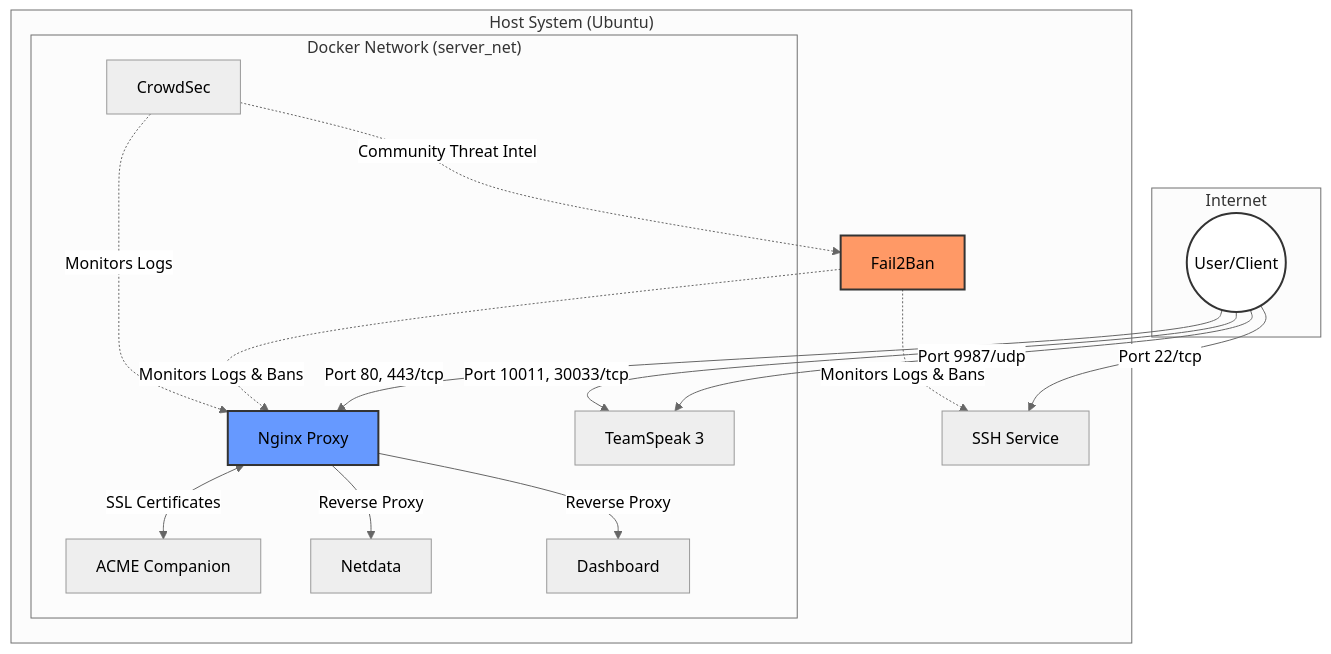
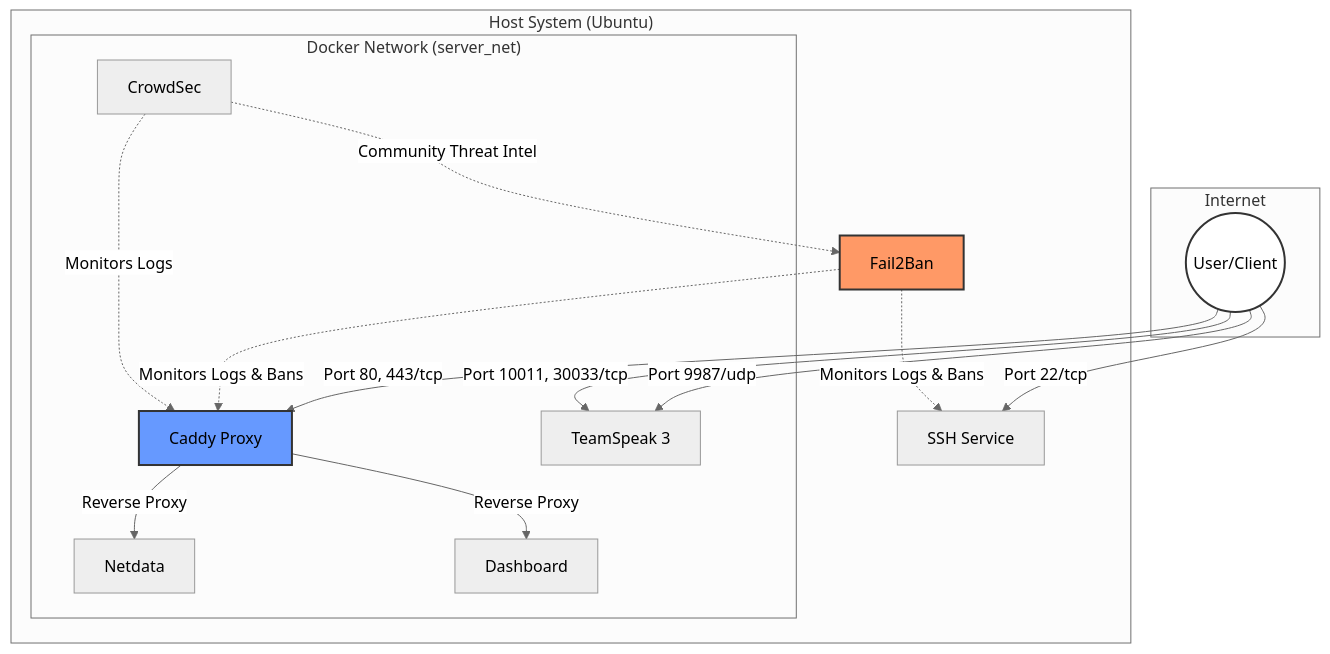
One commit to h44se/sg-com-serv changed the diagram in README.md. Above: the diagram before and after it, drawn with Mermaid (neutral theme). The commit also changed other lines of this file and 16 other files, not shown here.

Commit message:
Move from nginx to caddy

````diff
--- a/README.md
+++ b/README.md
@@ -104,41 +104,39 @@
 ```mermaid
 graph TD
     subgraph Internet
         User((User/Client))
     end
 
     subgraph "Host System (Ubuntu)"
         SSH[SSH Service]
         F2B[Fail2Ban]
         
         subgraph "Docker Network (server_net)"
-            Proxy[Nginx Proxy]
-            ACME[ACME Companion]
+            Caddy[Caddy Proxy]
             TS3[TeamSpeak 3]
             ND[Netdata]
             Dash[Dashboard]
             CS[CrowdSec]
         end
     end
 
     %% External Connections
     User -->|Port 22/tcp| SSH
-    User -->|Port 80, 443/tcp| Proxy
+    User -->|Port 80, 443/tcp| Caddy
     User -->|Port 9987/udp| TS3
     User -->|Port 10011, 30033/tcp| TS3
 
     %% Internal Interactions
-    Proxy <-->|SSL Certificates| ACME
-    Proxy -->|Reverse Proxy| ND
-    Proxy -->|Reverse Proxy| Dash
+    Caddy -->|Reverse Proxy| ND
+    Caddy -->|Reverse Proxy| Dash
     
     %% Security Layer
     F2B -.->|Monitors Logs & Bans| SSH
-    F2B -.->|Monitors Logs & Bans| Proxy
+    F2B -.->|Monitors Logs & Bans| Caddy
     CS -.->|Community Threat Intel| F2B
-    CS -.->|Monitors Logs| Proxy
+    CS -.->|Monitors Logs| Caddy
 
     style F2B fill:#f96,stroke:#333,stroke-width:2px
-    style Proxy fill:#69f,stroke:#333,stroke-width:2px
+    style Caddy fill:#69f,stroke:#333,stroke-width:2px
     style User fill:#fff,stroke:#333,stroke-width:2px
 ```
````
